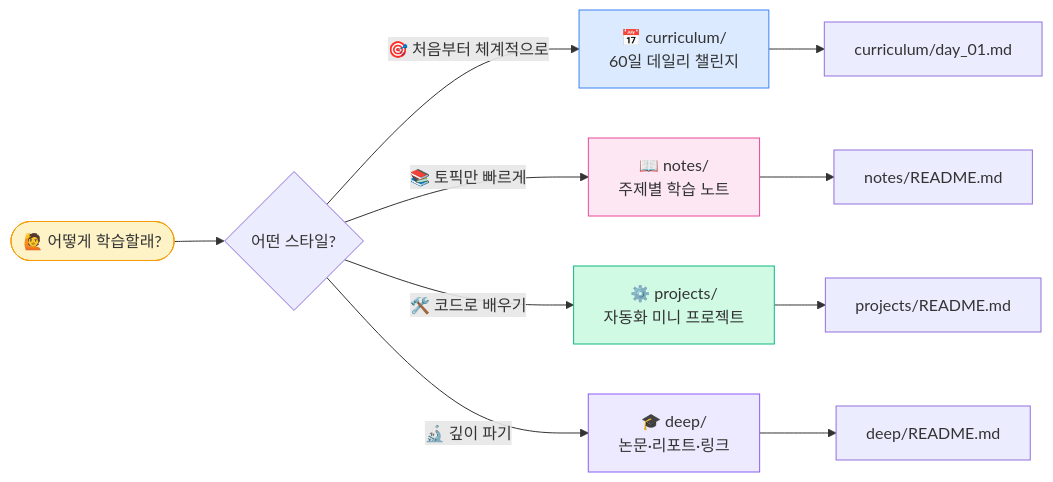
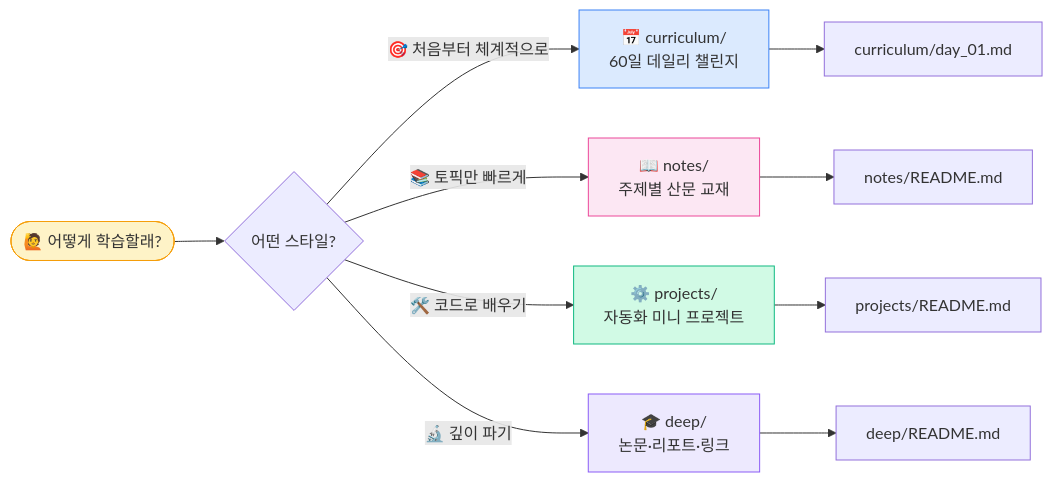
One commit to lala-david/aml-notes changed the first of 2 diagrams in README.md. Above: the diagram before and after it, drawn with Mermaid. The commit also changed other lines of this file, not shown here.

````diff
--- a/README.md
+++ b/README.md
@@ -16,19 +27,19 @@
 ```mermaid
 flowchart LR
     Start([🙋 어떻게 학습할래?]) --> Q{어떤 스타일?}
     Q -->|🎯 처음부터 체계적으로| A["📅 curriculum/<br/>60일 데일리 챌린지"]
-    Q -->|📚 토픽만 빠르게| B["📖 notes/<br/>주제별 학습 노트"]
+    Q -->|📚 토픽만 빠르게| B["📖 notes/<br/>주제별 산문 교재"]
     Q -->|🛠️ 코드로 배우기| C["⚙️ projects/<br/>자동화 미니 프로젝트"]
     Q -->|🔬 깊이 파기| D["🎓 deep/<br/>논문·리포트·링크"]
 
     A --> A1[curriculum/day_01.md]
     B --> B1[notes/README.md]
     C --> C1[projects/README.md]
     D --> D1[deep/README.md]
 
     style Start fill:#fef3c7,stroke:#f59e0b
     style A fill:#dbeafe,stroke:#3b82f6
     style B fill:#fce7f3,stroke:#ec4899
     style C fill:#d1fae5,stroke:#10b981
     style D fill:#ede9fe,stroke:#8b5cf6
 ```
````
